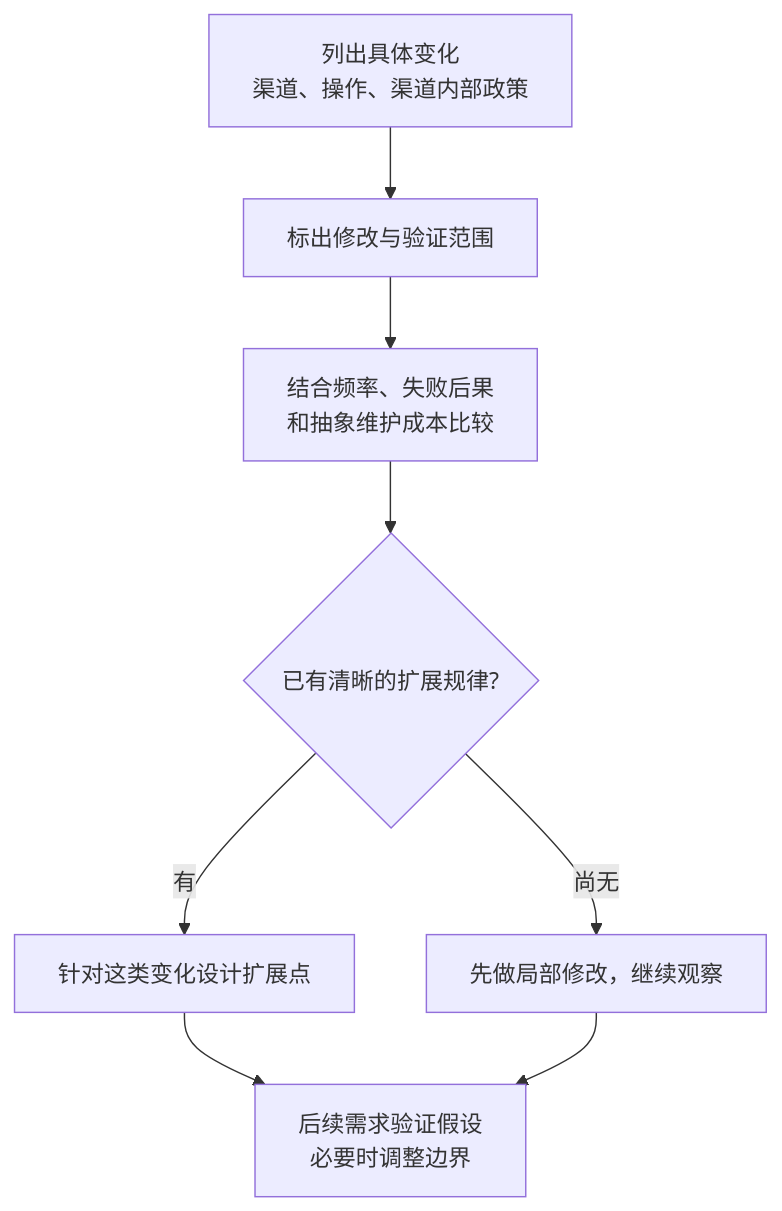
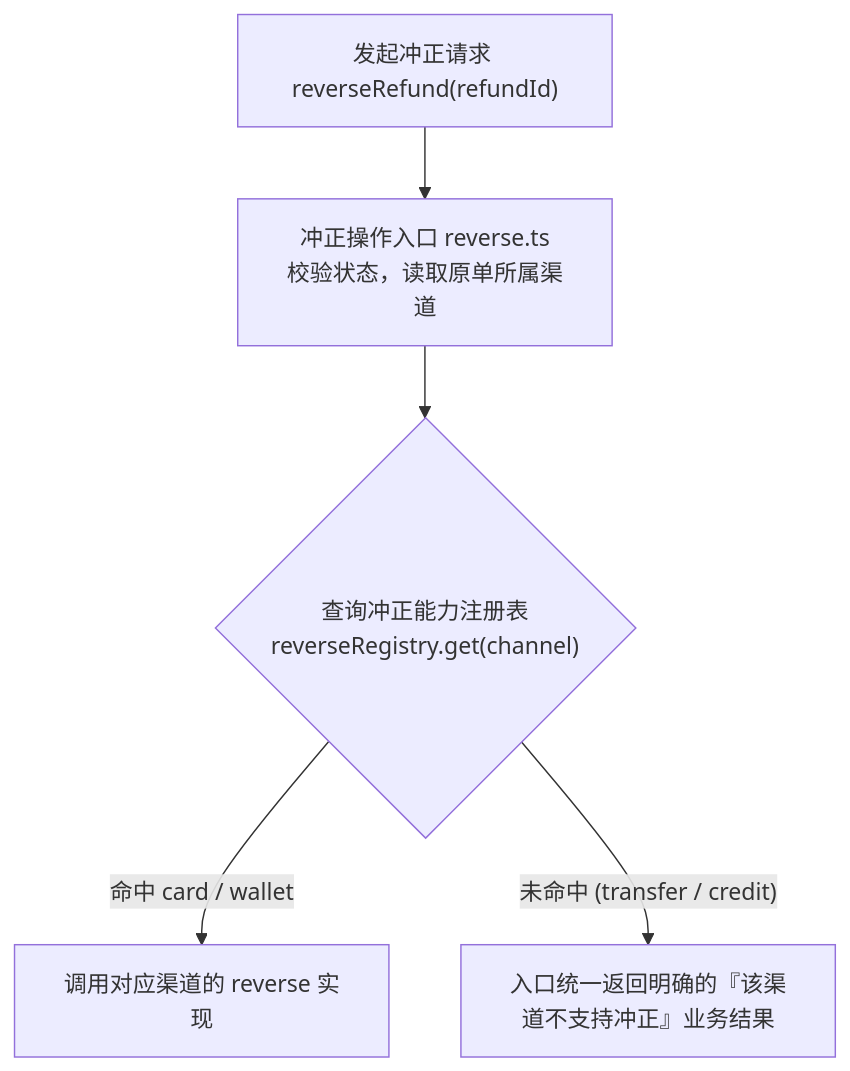
The second of 2 diagrams in src/content/notes/zh/open-closed-only-the-guessed-axis.md (ffzz/blog), drawn with Mermaid before and after one commit. The commit also changed other lines of this file and 16 other files, not shown here.

````diff
--- a/src/content/notes/zh/open-closed-only-the-guessed-axis.md
+++ b/src/content/notes/zh/open-closed-only-the-guessed-axis.md
@@ -276,10 +236,7 @@
 ```mermaid
 flowchart TD
-    A["列出具体变化<br/>渠道、操作、渠道内部政策"] --> B["标出修改与验证范围"]
-    B --> C["结合频率、失败后果<br/>和抽象维护成本比较"]
-    C --> D{"已有清晰的扩展规律?"}
-    D -- 有 --> E["针对这类变化设计扩展点"]
-    D -- 尚无 --> F["先做局部修改，继续观察"]
-    E --> G["后续需求验证假设<br/>必要时调整边界"]
-    F --> G
+    Req["发起冲正请求 reverseRefund(refundId)"] --> Entry["冲正操作入口 reverse.ts<br/>校验状态，读取原单所属渠道"]
+    Entry --> Reg{"查询冲正能力注册表<br/>reverseRegistry.get(channel)"}
+    Reg -- "命中 card / wallet" --> Exec["调用对应渠道的 reverse 实现"]
+    Reg -- "未命中 (transfer / credit)" --> Reject["入口统一返回明确的『该渠道不支持冲正』业务结果"]
 ```
````
